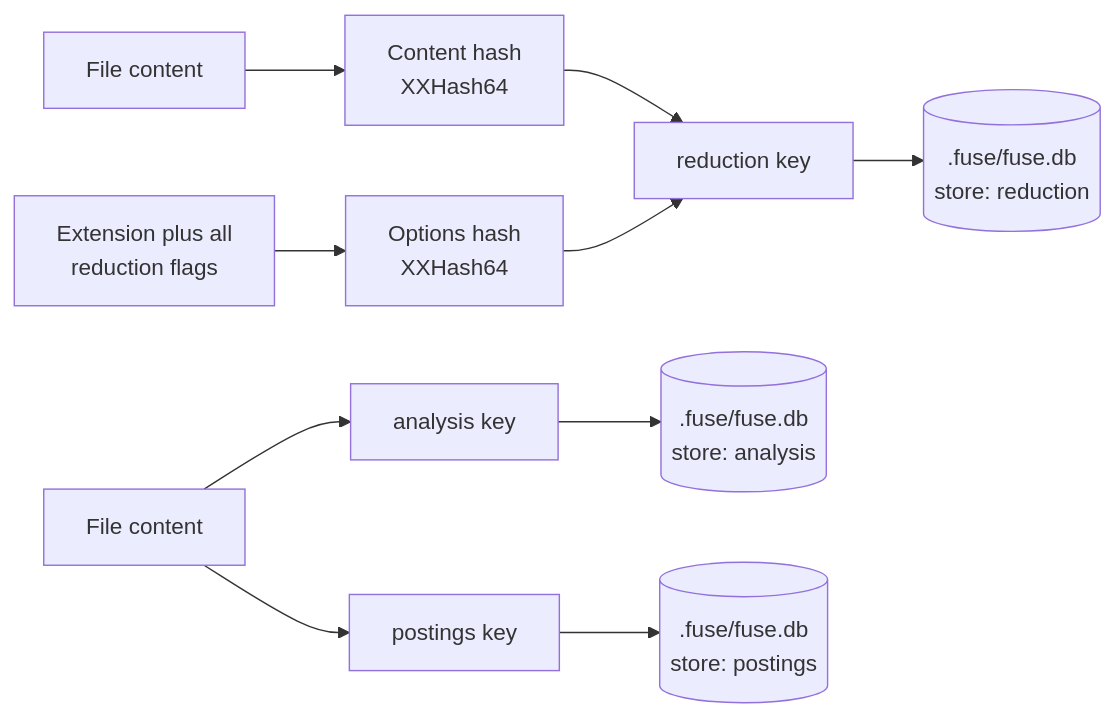
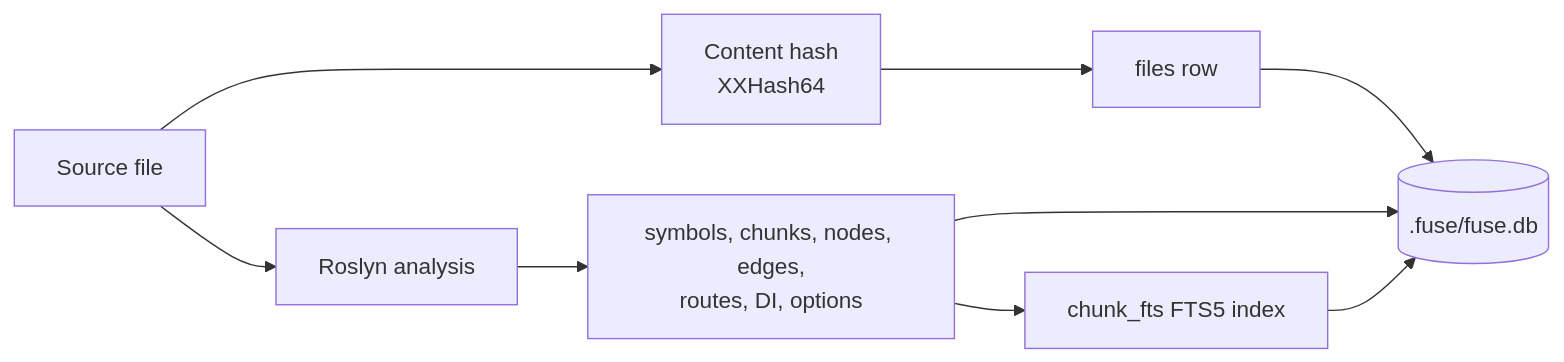
The diagram in site/content/docs/internals/caching-internals.mdx (Litenova-Solutions/Fuse), drawn with Mermaid before and after one commit. The commit also changed other lines of this file and 2 other files, not shown here.

Commit message:
P10.2: rewrite operator + store internals to V3; fix capability-model stale references

````diff
--- a/site/content/docs/internals/caching-internals.mdx
+++ b/site/content/docs/internals/caching-internals.mdx
@@ -33,12 +25,11 @@
 ```mermaid
 flowchart LR
-    A[File content] --> B[Content hash<br/>XXHash64]
-    C[Extension plus all<br/>reduction flags] --> D[Options hash<br/>XXHash64]
-    B --> E[reduction key]
-    D --> E
-    E --> F[(.fuse/fuse.db<br/>store: reduction)]
-    G[File content] --> H[analysis key]
-    H --> I[(.fuse/fuse.db<br/>store: analysis)]
-    G --> J[postings key]
-    J --> K[(.fuse/fuse.db<br/>store: postings)]
+    A[Source file] --> B[Content hash<br/>XXHash64]
+    B --> C[files row]
+    C --> D[(.fuse/fuse.db)]
+    A --> E[Roslyn analysis]
+    E --> F[symbols, chunks, nodes, edges,<br/>routes, DI, options]
+    F --> D
+    F --> G[chunk_fts FTS5 index]
+    G --> D
 ```
````
